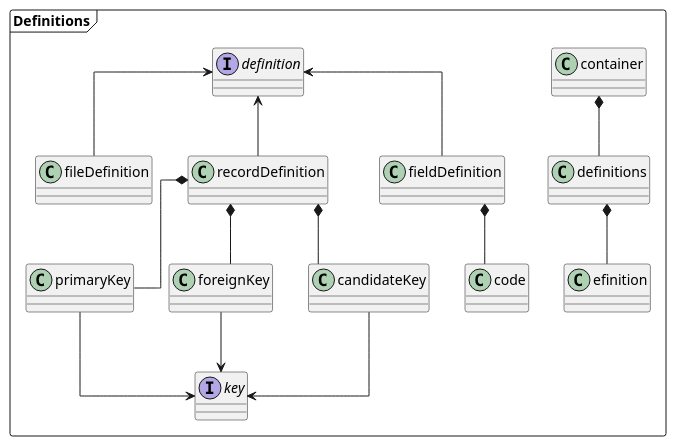
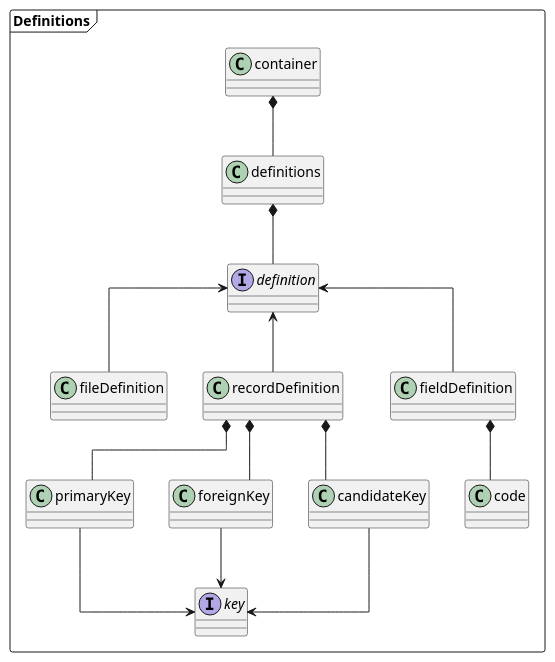
The diagram in usage/aspirations/umls/uml-definition.puml (joergen-vs/73027c42-c2cd-4c62-b1f4-2532c0eb8dab), drawn with PlantUML before and after one commit. The commit also changed 1 other file, not shown here.

```diff
--- a/usage/aspirations/umls/uml-definition.puml
+++ b/usage/aspirations/umls/uml-definition.puml
@@ -1,27 +1,28 @@
 @startuml
 skinparam linetype polyline
 skinparam linetype ortho
 
 package "Definitions" <<Frame>> {
-container *-- definitions
-
-definitions *--definition
 
 interface definition
 interface key
+
+container *-- definitions
+
+definitions *-- definition
 
 definition <-- fileDefinition
 definition <-- recordDefinition
 definition <-- fieldDefinition
 
 recordDefinition *-- primaryKey
 recordDefinition *-- foreignKey
 recordDefinition *-- candidateKey
 primaryKey --> key
 foreignKey --> key
 candidateKey --> key
 
 fieldDefinition *-- code
 }
 
 @enduml
```
